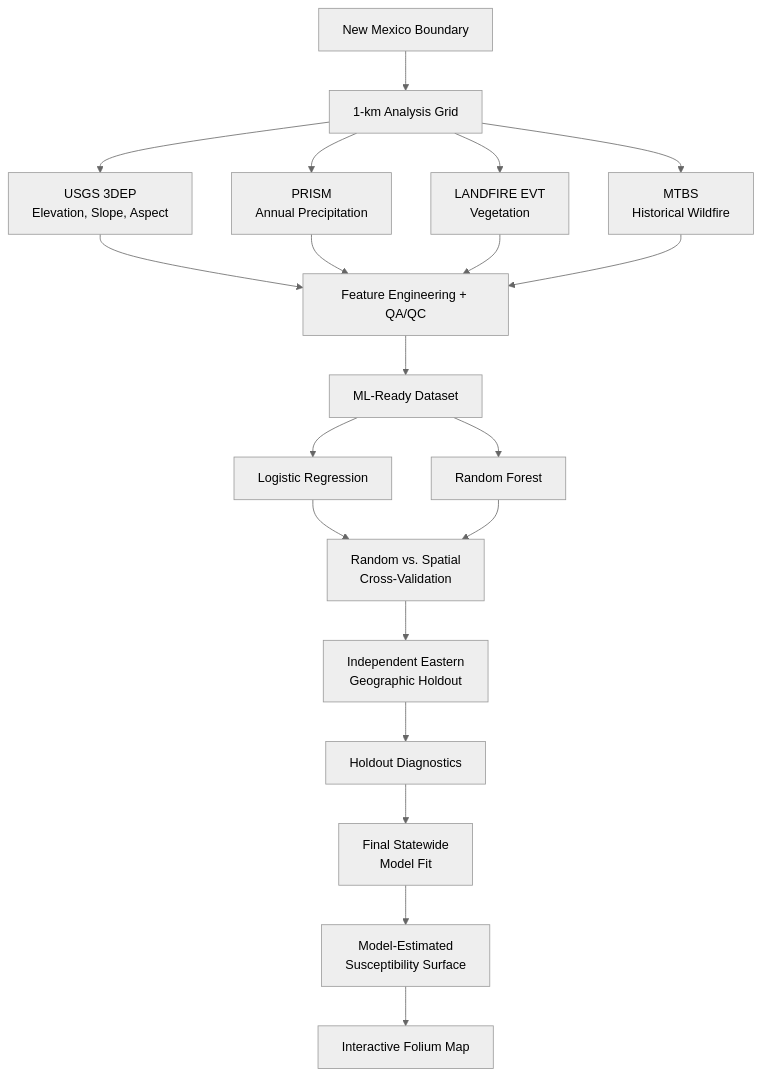
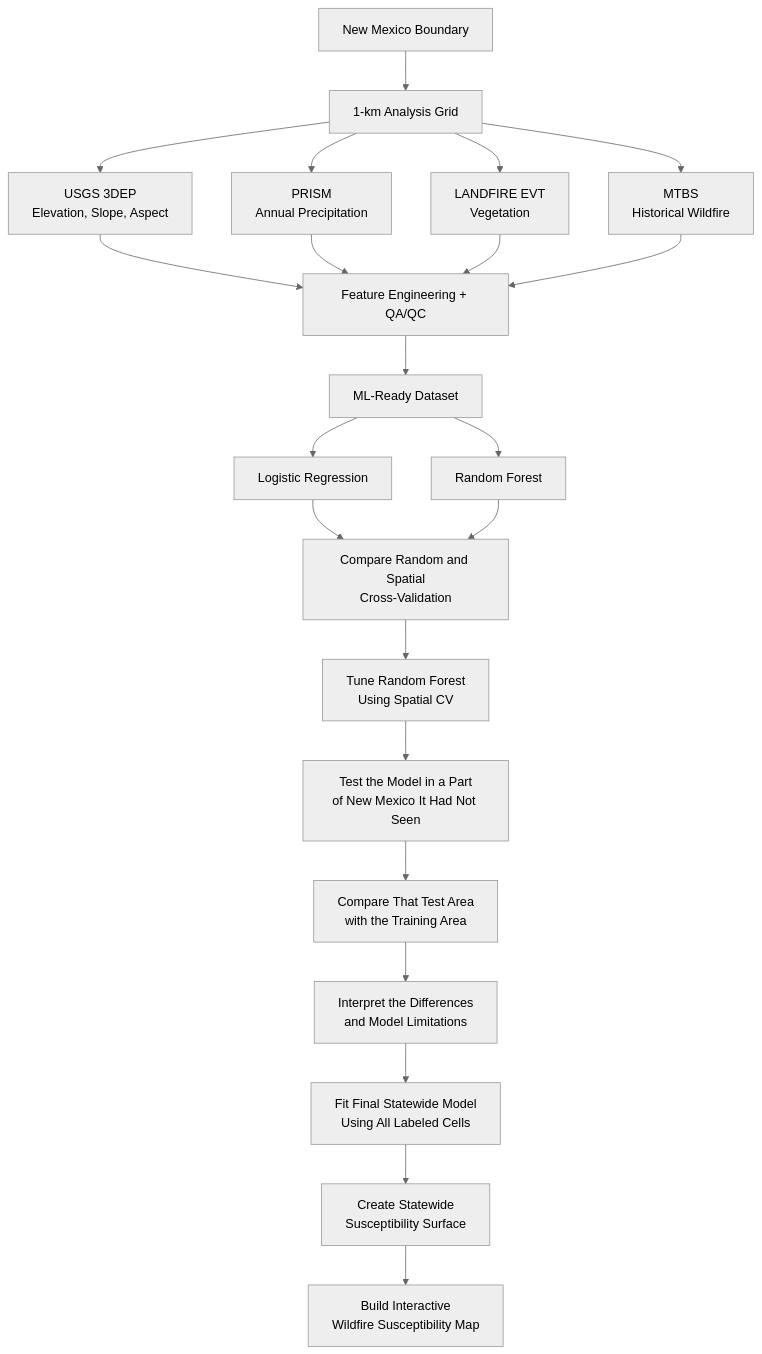
Before and after one commit to fluidthinker/fluidthinker.github.io: the diagram in _projects/wildfire-susceptibility.md, drawn with Mermaid (neutral theme).

Commit message:
fix workflow

````diff
--- a/_projects/wildfire-susceptibility.md
+++ b/_projects/wildfire-susceptibility.md
@@ -76,32 +76,37 @@
 ```mermaid
 flowchart TD
     A[New Mexico Boundary] --> B[1-km Analysis Grid]
 
     B --> C1[USGS 3DEP<br/>Elevation, Slope, Aspect]
     B --> C2[PRISM<br/>Annual Precipitation]
     B --> C3[LANDFIRE EVT<br/>Vegetation]
     B --> C4[MTBS<br/>Historical Wildfire]
 
     C1 --> D[Feature Engineering + QA/QC]
     C2 --> D
     C3 --> D
     C4 --> D
 
     D --> E[ML-Ready Dataset]
 
     E --> F1[Logistic Regression]
     E --> F2[Random Forest]
 
-    F1 --> G[Random vs. Spatial<br/>Cross-Validation]
+    F1 --> G[Compare Random and Spatial<br/>Cross-Validation]
     F2 --> G
 
-    G --> H[Independent Eastern<br/>Geographic Holdout]
+    G --> H[Tune Random Forest<br/>Using Spatial CV]
 
-    H --> I[Holdout Diagnostics]
+    H --> I[Test the Model in a Part<br/>of New Mexico It Had Not Seen]
 
-    I --> J[Final Statewide<br/>Model Fit]
+    I --> J[Compare That Test Area<br/>with the Training Area]
 
-    J --> K[Model-Estimated<br/>Susceptibility Surface]
+    J --> K[Interpret the Differences<br/>and Model Limitations]
 
-    K --> L[Interactive Folium Map]
+    K --> L[Fit Final Statewide Model<br/>Using All Labeled Cells]
+
+    L --> M[Create Statewide<br/>Susceptibility Surface]
+
+    M --> N[Build Interactive<br/>Wildfire Susceptibility Map]
+
 ```
````
